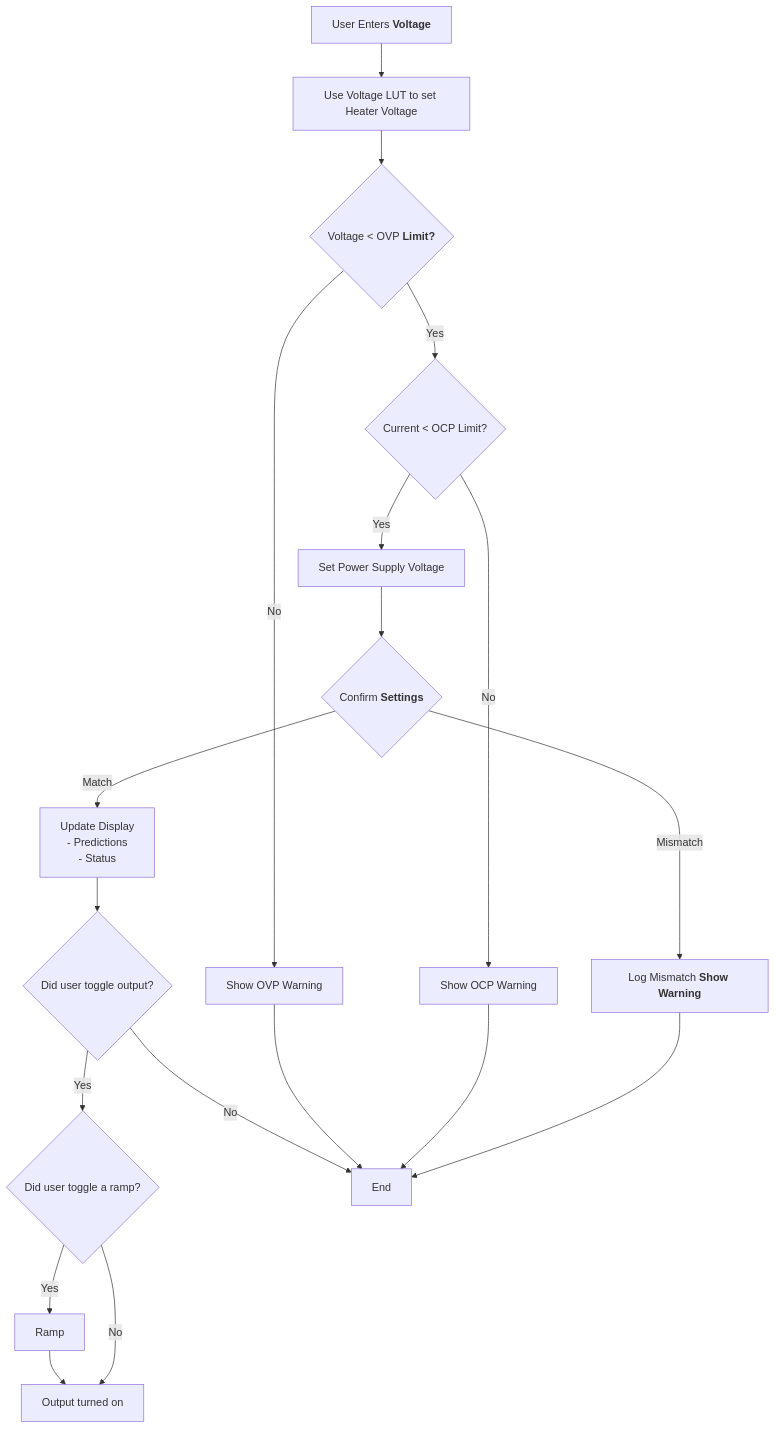
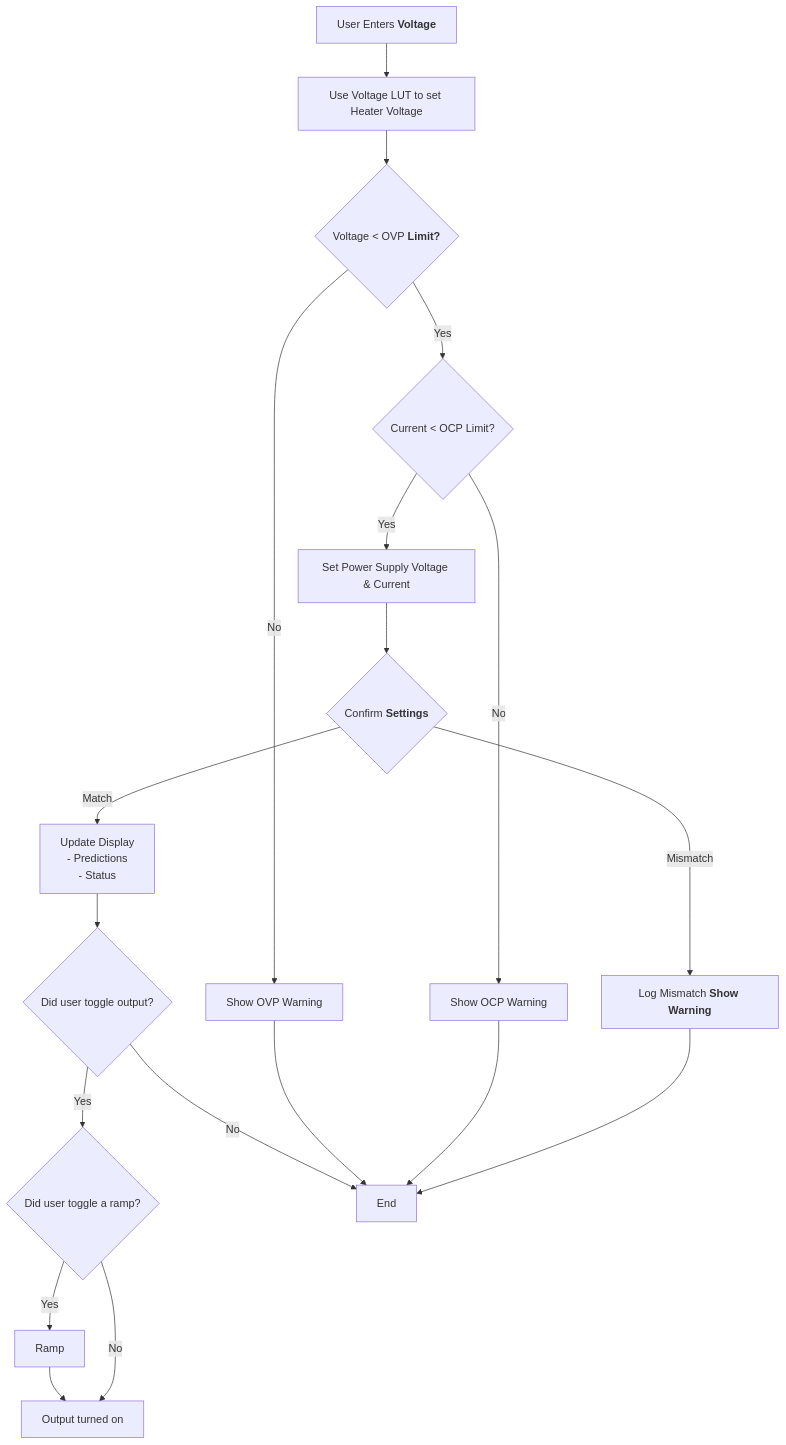
Before and after one commit to uw-loci/EBEAM_dashboard: the fourth of 4 diagrams in subsystem/cathode_heating/README.md, drawn with Mermaid. The commit also changed other lines of this file and 1 other file, not shown here.

Commit message:
Restored previous version as required.

````diff
--- a/subsystem/cathode_heating/README.md
+++ b/subsystem/cathode_heating/README.md
@@ -191,32 +191,32 @@
 ```mermaid
 flowchart TB
     Input["User Enters<b> Voltage"] --> LUT["Use Voltage LUT to set Heater Voltage"]
     
 
     LUT --> CheckOVP{"Voltage < OVP<b> Limit?"}
     
     CheckOVP -->|No| OVPWarn["Show OVP Warning"]
     CheckOVP -->|Yes| CheckOCP{"Current < OCP Limit?"}
 
     CheckOCP -->|No| OCPWarn["Show OCP Warning"]
-    CheckOCP -->|Yes| SetPS["Set Power Supply Voltage"]
+    CheckOCP -->|Yes| SetPS["Set Power Supply Voltage & Current"]
     
     SetPS --> Confirm{"Confirm<b> Settings"}
     
     Confirm -->|Match| UpdateDisplay["Update Display 
                                      - Predictions 
                                      - Status"]
     Confirm -->|Mismatch| LogError["Log Mismatch<b> Show Warning"]
 
     UpdateDisplay --> OutputToggle{"Did user toggle output?"}
 
     OutputToggle --> |Yes| RampToggle{"Did user toggle a ramp?"}
 
     RampToggle --> |Yes| Ramp --> OutputOn["Output turned on"]
     RampToggle --> |No| OutputOn
     OutputToggle --> |No| End
 
     OVPWarn --> End
     OCPWarn --> End
     LogError --> End
 ```
````
